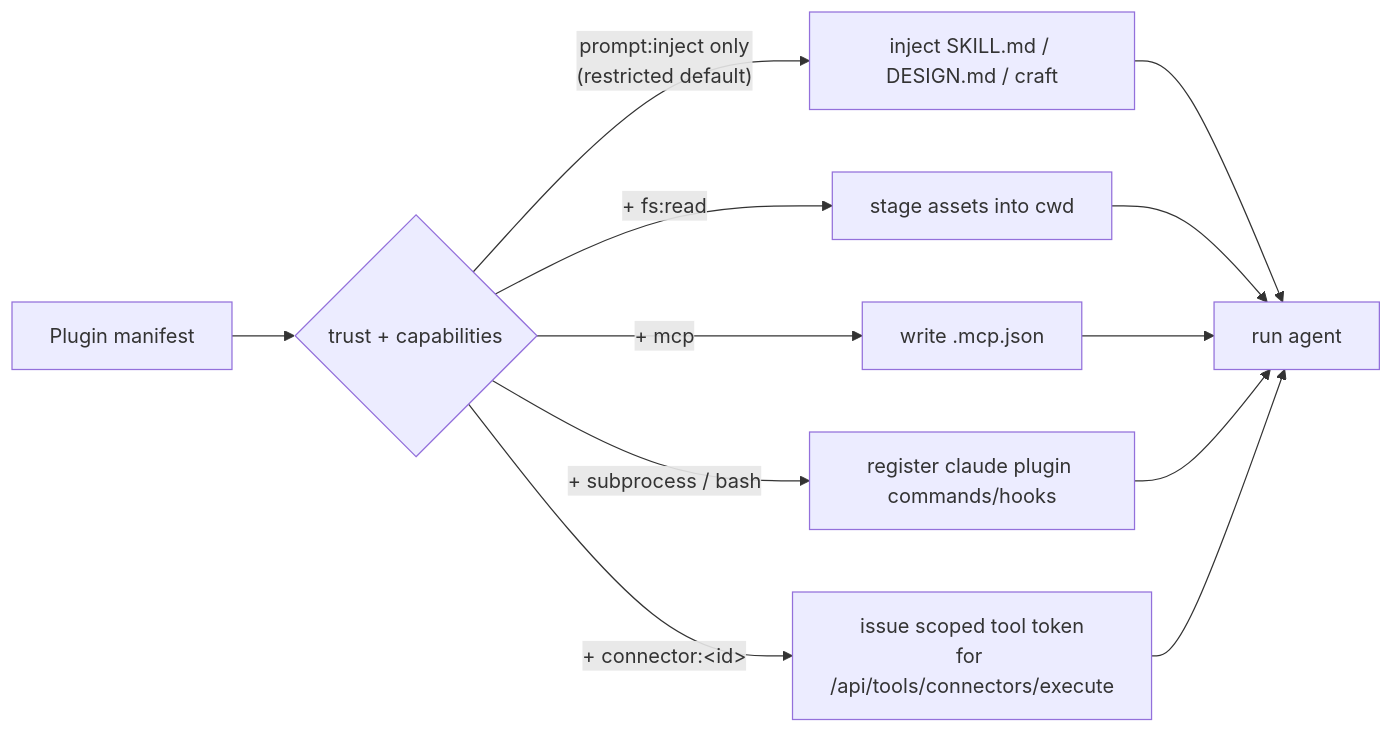
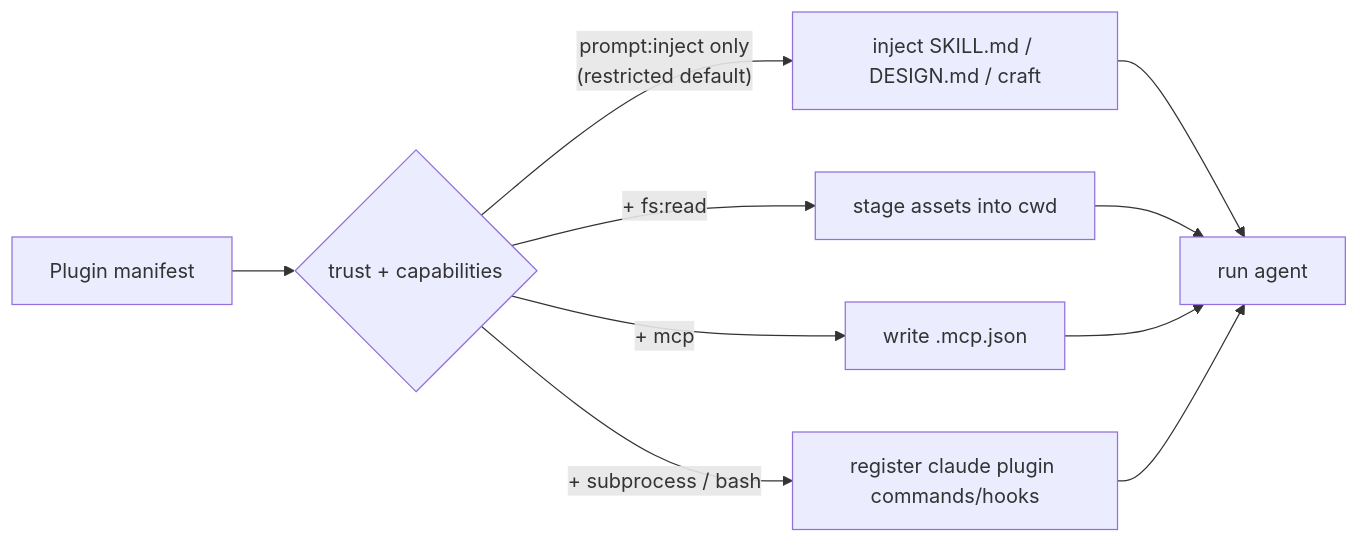
One commit to sanghyunna/open-design-sandboxed changed the fourth of 4 diagrams in docs/plugins-spec.md. Above: the diagram before and after it, drawn with Mermaid. The commit also changed other lines of this file and 291 other files, not shown here.

````diff
--- a/docs/plugins-spec.md
+++ b/docs/plugins-spec.md
@@ -667,10 +632,9 @@
 ```mermaid
 flowchart LR
   M[Plugin manifest] --> C{trust + capabilities}
   C -->|"prompt:inject only<br/>(restricted default)"| P1[inject SKILL.md / DESIGN.md / craft]
   C -->|"+ fs:read"| P2[stage assets into cwd]
   C -->|"+ mcp"| P3[write .mcp.json]
   C -->|"+ subprocess / bash"| P4[register claude plugin commands/hooks]
-  C -->|"+ connector:&lt;id&gt;"| P5[issue scoped tool token<br/>for /api/tools/connectors/execute]
-  P1 & P2 & P3 & P4 & P5 --> R[run agent]
+  P1 & P2 & P3 & P4 --> R[run agent]
 ```
````
